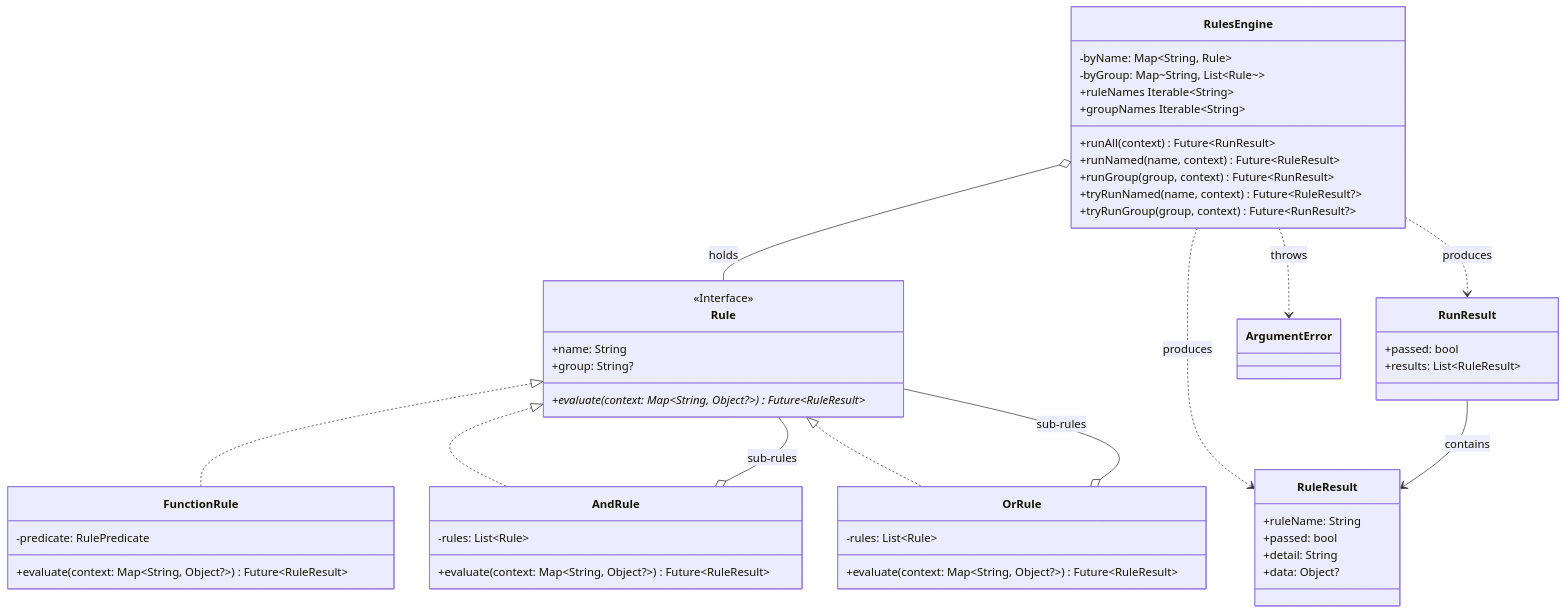
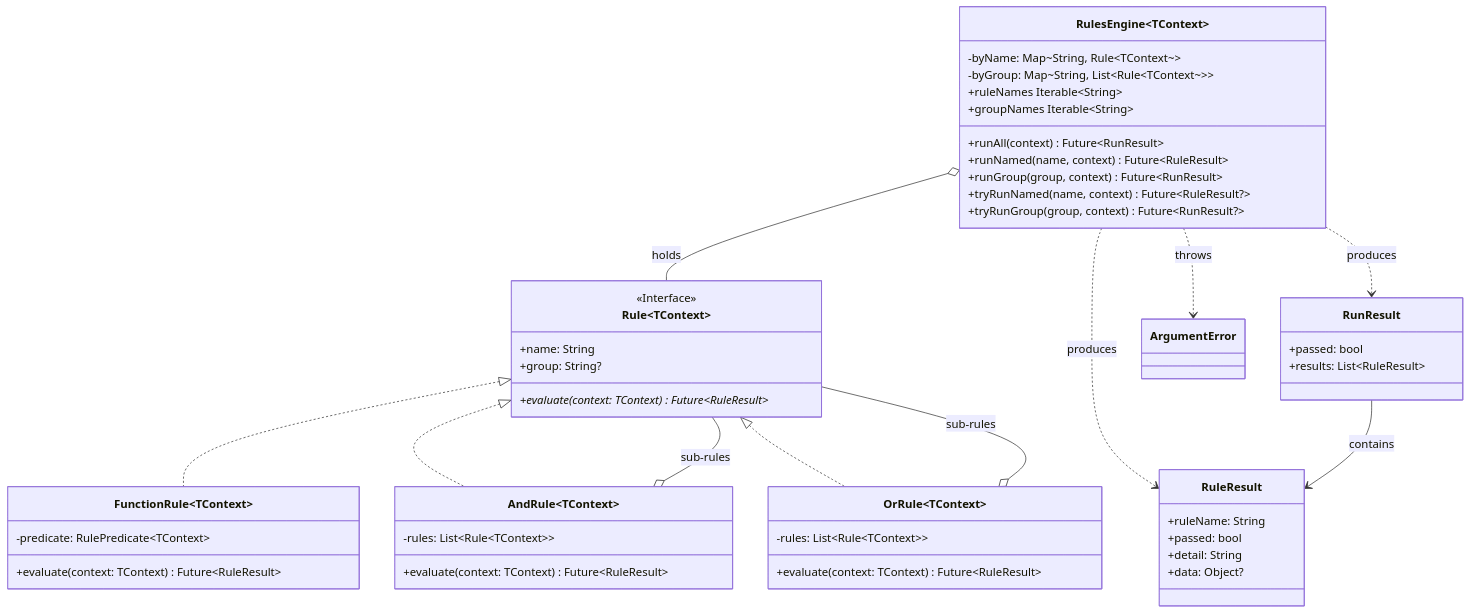
The diagram in docs/architecture/dart.md (pawan-vyas/verdict-rules), drawn with Mermaid before and after one commit. The commit also changed other lines of this file and 14 other files, not shown here.

````diff
--- a/docs/architecture/dart.md
+++ b/docs/architecture/dart.md
@@ -36,53 +36,53 @@
 ```mermaid
 classDiagram
-    class Rule {
+    class `Rule~TContext~` {
         <<Interface>>
         +name: String
         +group: String?
-        +evaluate(context: Map~String, Object?~)* Future~RuleResult~
+        +evaluate(context: TContext)* Future~RuleResult~
     }
-    class FunctionRule {
-        -predicate: RulePredicate
-        +evaluate(context: Map~String, Object?~) Future~RuleResult~
+    class `FunctionRule~TContext~` {
+        -predicate: RulePredicate~TContext~
+        +evaluate(context: TContext) Future~RuleResult~
     }
-    class AndRule {
-        -rules: List~Rule~
-        +evaluate(context: Map~String, Object?~) Future~RuleResult~
+    class `AndRule~TContext~` {
+        -rules: List~Rule~TContext~~
+        +evaluate(context: TContext) Future~RuleResult~
     }
-    class OrRule {
-        -rules: List~Rule~
-        +evaluate(context: Map~String, Object?~) Future~RuleResult~
+    class `OrRule~TContext~` {
+        -rules: List~Rule~TContext~~
+        +evaluate(context: TContext) Future~RuleResult~
     }
-    class RulesEngine {
-        -byName: Map~String, Rule~
-        -byGroup: Map~String, List~Rule~~
+    class `RulesEngine~TContext~` {
+        -byName: Map~String, Rule~TContext~~
+        -byGroup: Map~String, List~Rule~TContext~~~
         +runAll(context) Future~RunResult~
         +runNamed(name, context) Future~RuleResult~
         +runGroup(group, context) Future~RunResult~
         +tryRunNamed(name, context) Future~RuleResult?~
         +tryRunGroup(group, context) Future~RunResult?~
         +ruleNames Iterable~String~
         +groupNames Iterable~String~
     }
     class RuleResult {
         +ruleName: String
         +passed: bool
         +detail: String
         +data: Object?
     }
     class RunResult {
         +passed: bool
         +results: List~RuleResult~
     }
 
-    Rule <|.. FunctionRule
-    Rule <|.. AndRule
-    Rule <|.. OrRule
-    AndRule o-- Rule : sub-rules
-    OrRule o-- Rule : sub-rules
-    RulesEngine o-- Rule : holds
-    RulesEngine ..> RuleResult : produces
-    RulesEngine ..> RunResult : produces
-    RulesEngine ..> ArgumentError : throws
+    `Rule~TContext~` <|.. `FunctionRule~TContext~`
+    `Rule~TContext~` <|.. `AndRule~TContext~`
+    `Rule~TContext~` <|.. `OrRule~TContext~`
+    `AndRule~TContext~` o-- `Rule~TContext~` : sub-rules
+    `OrRule~TContext~` o-- `Rule~TContext~` : sub-rules
+    `RulesEngine~TContext~` o-- `Rule~TContext~` : holds
+    `RulesEngine~TContext~` ..> RuleResult : produces
+    `RulesEngine~TContext~` ..> RunResult : produces
+    `RulesEngine~TContext~` ..> ArgumentError : throws
     RunResult --> RuleResult : contains
 ```
````
